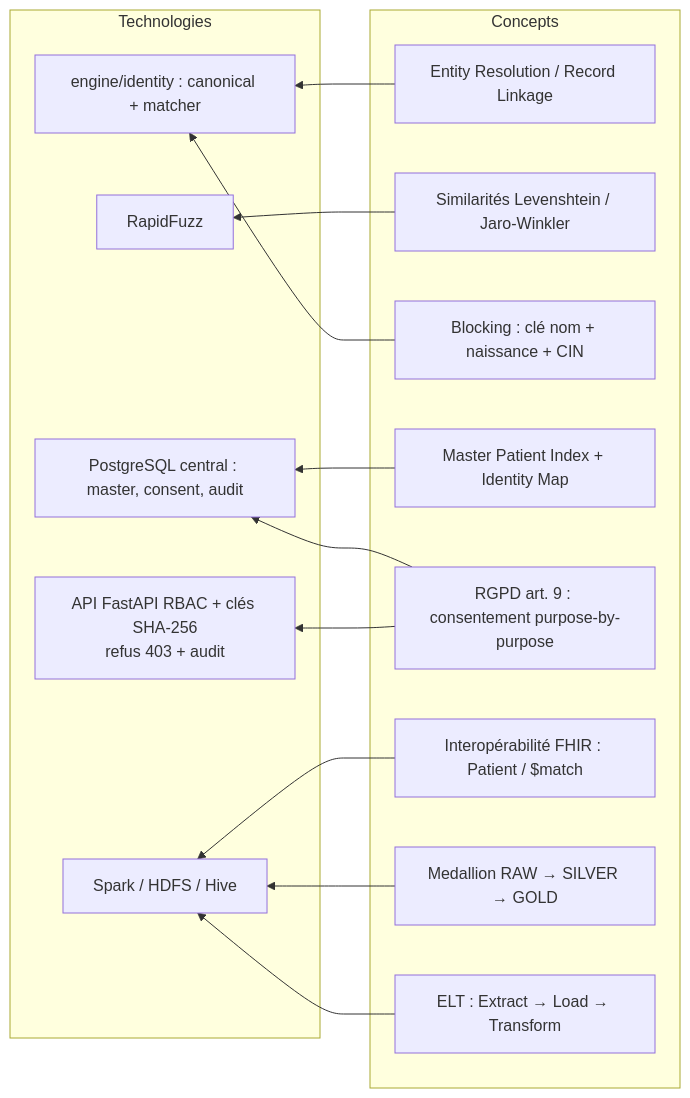
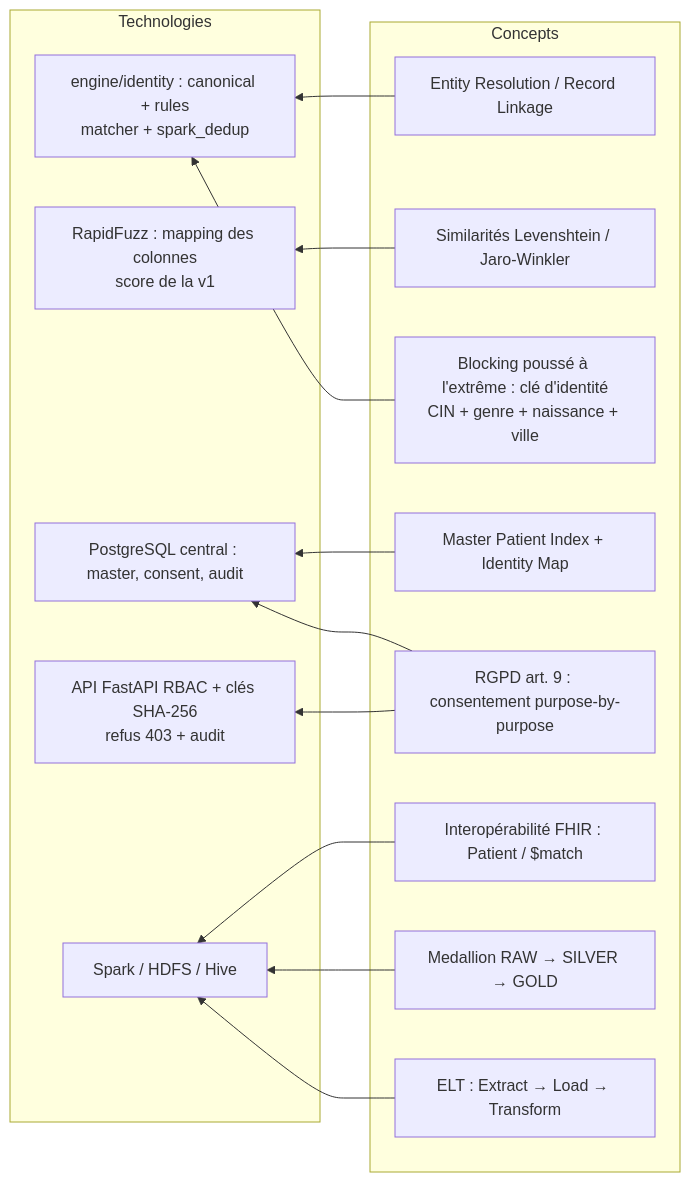
Before and after one commit to Alphamanjaka/test-big-data: the first of 3 diagrams in chapters/07-conception.md, drawn with Mermaid. The commit also changed other lines of this file and 27 other files, not shown here.

````diff
--- a/chapters/07-conception.md
+++ b/chapters/07-conception.md
@@ -8,29 +8,29 @@
 ```mermaid
 flowchart RL
     subgraph Concepts
         ER[Entity Resolution / Record Linkage]
         SIM[Similarités Levenshtein / Jaro-Winkler]
-        BLK[Blocking : clé nom + naissance + CIN]
+        BLK[Blocking poussé à l'extrême : clé d'identité<br/>CIN + genre + naissance + ville]
         MPI[Master Patient Index + Identity Map]
         RGDP[RGPD art. 9 : consentement purpose-by-purpose]
         FH[Interopérabilité FHIR : Patient / $match]
         MED[Medallion RAW → SILVER → GOLD]
         ELT[ELT : Extract → Load → Transform]
     end
     subgraph Technologies
-        RF[RapidFuzz]
-        EN[engine/identity : canonical + matcher]
+        RF[RapidFuzz : mapping des colonnes<br/>score de la v1]
+        EN[engine/identity : canonical + rules<br/>matcher + spark_dedup]
         PG[PostgreSQL central : master, consent, audit]
         SP[Spark / HDFS / Hive]
         API[API FastAPI RBAC + clés SHA-256<br/>refus 403 + audit]
     end
     ER --> EN
     SIM --> RF
     BLK --> EN
     MPI --> PG
     RGDP --> API
     RGDP --> PG
     FH --> SP
     MED --> SP
     ELT --> SP
 ```
````
